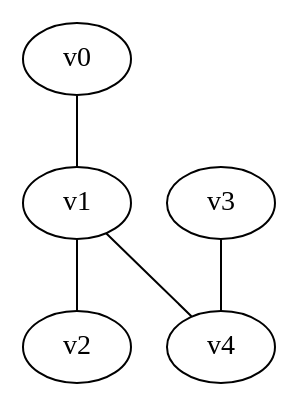
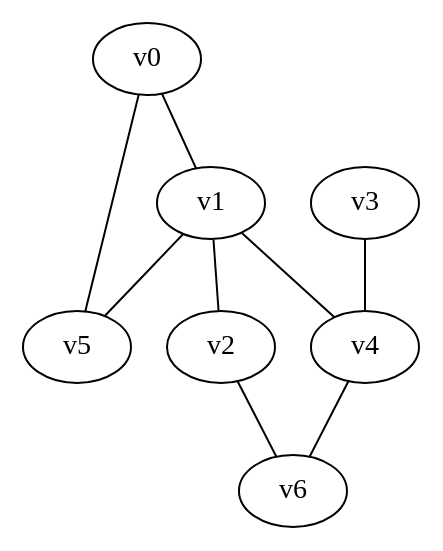
Before and after one commit to jo20046/graphen: the diagram in cmake-build-debug/aus_kantentabelle.gv, drawn with Graphviz. The commit also changed 10 other files, not shown here.

```diff
--- a/cmake-build-debug/aus_kantentabelle.gv
+++ b/cmake-build-debug/aus_kantentabelle.gv
@@ -1,6 +1,10 @@
 graph {
   v0 -- v1
+  v0 -- v5
   v1 -- v2
   v1 -- v4
+  v1 -- v5
+  v2 -- v6
   v3 -- v4
+  v4 -- v6
 }
```
